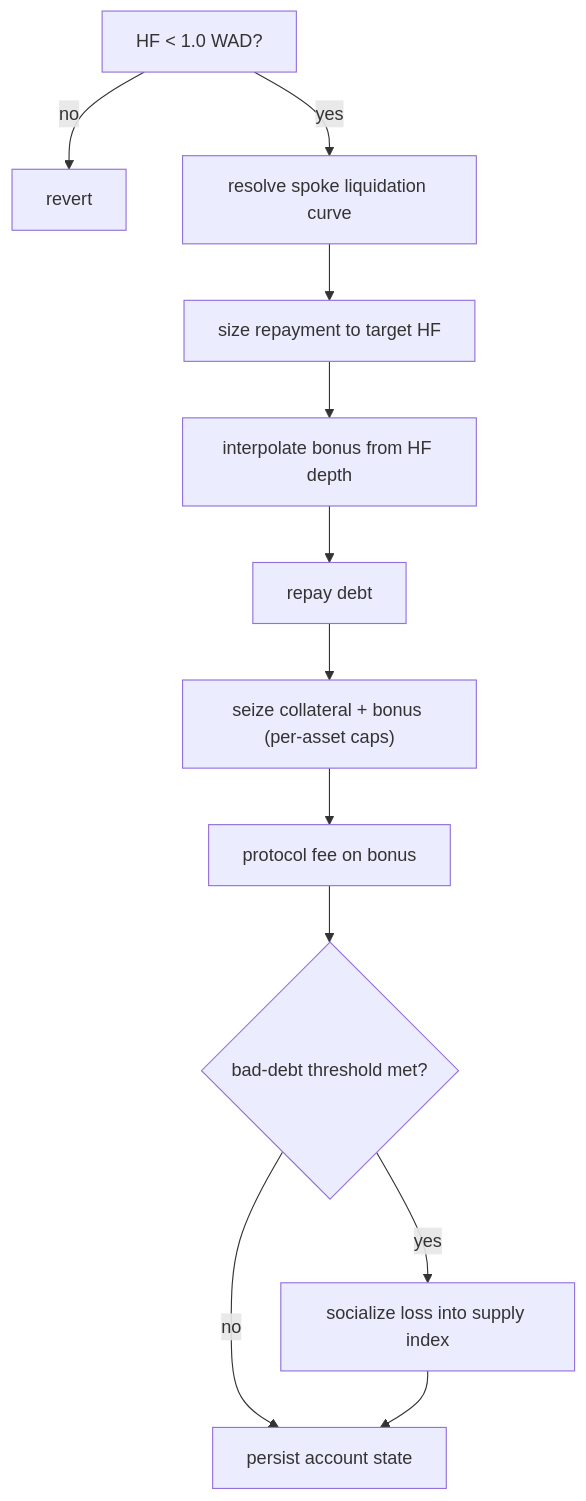
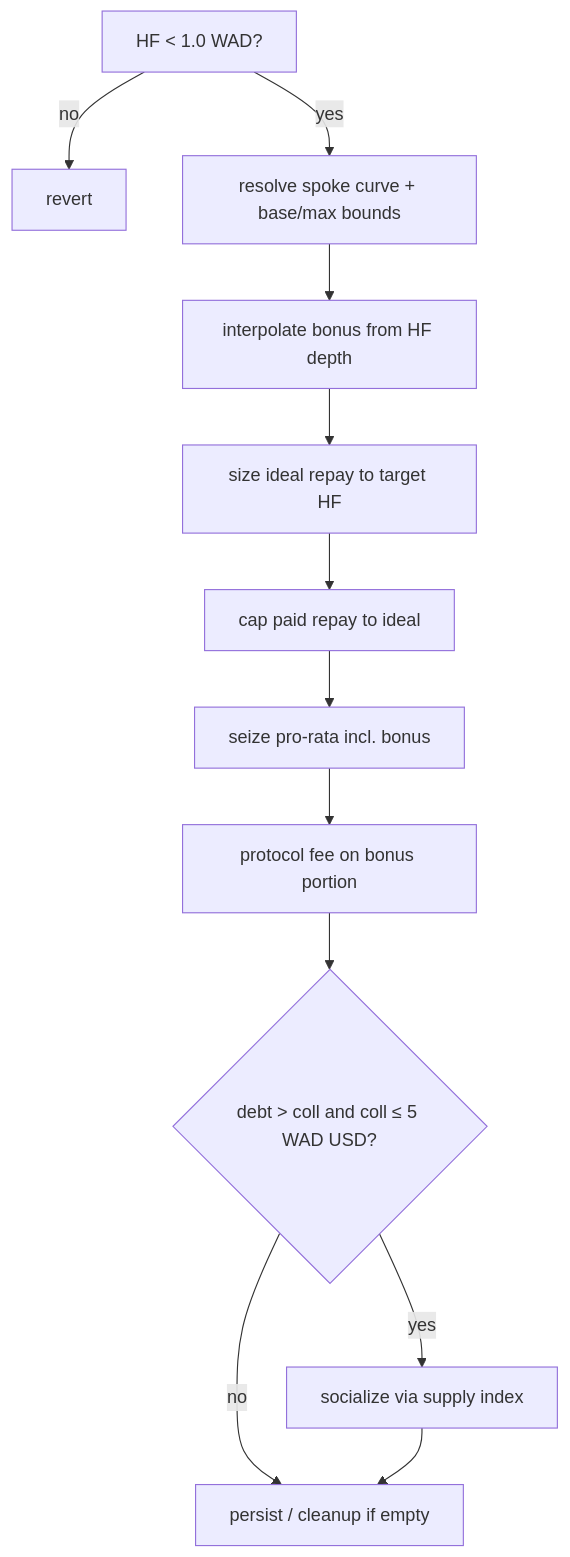
One commit to XOXNO/rs-lending-xlm changed the second of 3 diagrams in architecture/INVARIANTS.md. Above: the diagram before and after it, drawn with Mermaid. The commit also changed other lines of this file and 333 other files, not shown here.

````diff
--- a/architecture/INVARIANTS.md
+++ b/architecture/INVARIANTS.md
@@ -244,14 +308,14 @@
 ```mermaid
 flowchart TD
     A["HF < 1.0 WAD?"] -->|no| R["revert"]
-    A -->|yes| B["resolve spoke liquidation curve"]
-    B --> C["size repayment to target HF"]
-    C --> D["interpolate bonus from HF depth"]
-    D --> E["repay debt"]
-    E --> F["seize collateral + bonus (per-asset caps)"]
-    F --> G["protocol fee on bonus"]
-    G --> H{"bad-debt threshold met?"}
-    H -->|yes| I["socialize loss into supply index"]
-    H -->|no| J["persist account state"]
+    A -->|yes| B["resolve spoke curve + base/max bounds"]
+    B --> C["interpolate bonus from HF depth"]
+    C --> D["size ideal repay to target HF"]
+    D --> E["cap paid repay to ideal"]
+    E --> F["seize pro-rata incl. bonus"]
+    F --> G["protocol fee on bonus portion"]
+    G --> H{"debt > coll and coll ≤ 5 WAD USD?"}
+    H -->|yes| I["socialize via supply index"]
+    H -->|no| J["persist / cleanup if empty"]
     I --> J
 ```
````
